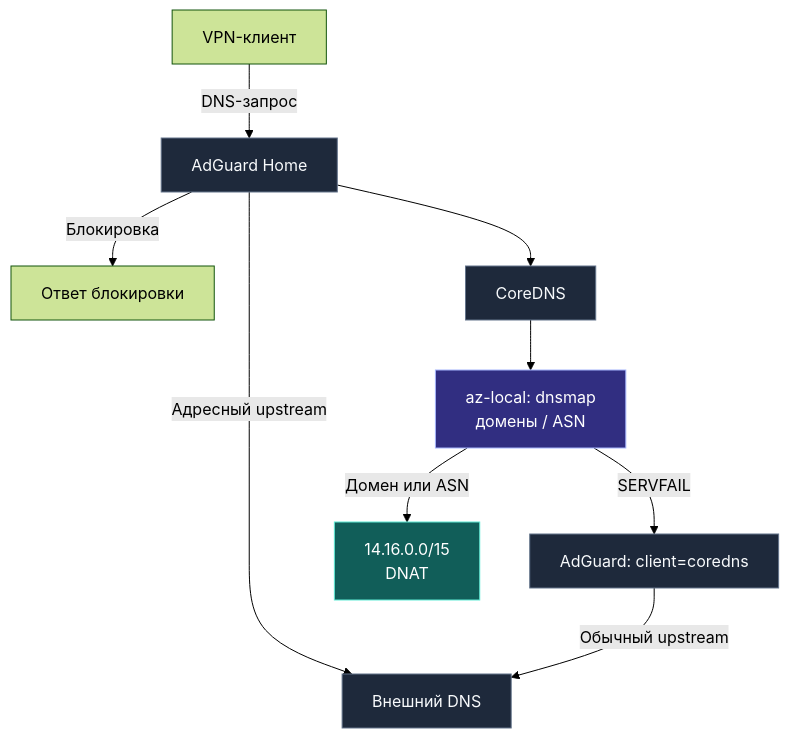
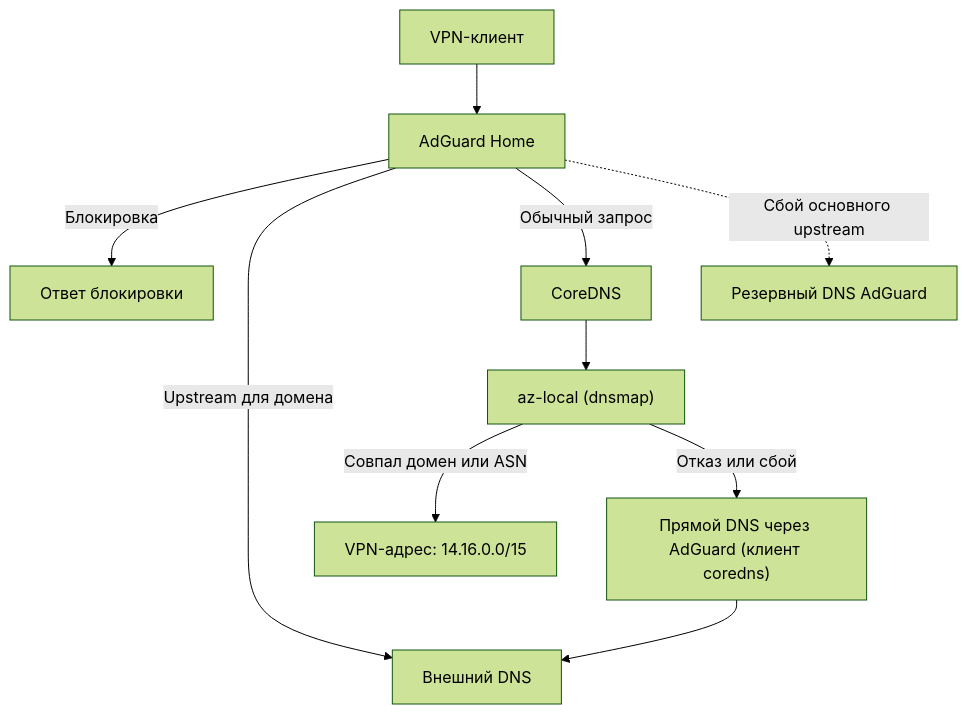
The second of 3 diagrams in README_RU.md (nmisha/antizapret-vpn-docker), drawn with Mermaid (forest theme) before and after one commit. The commit also changed other lines of this file and 318 other files, not shown here.

````diff
--- a/README_RU.md
+++ b/README_RU.md
@@ -783,18 +800,12 @@
 ```mermaid
 flowchart TB
-    client["VPN-клиент"] -->|DNS-запрос| adguard["AdGuard Home"]
-    adguard -->|Блокировка| deny["Ответ блокировки"]
-    adguard -->|Адресный upstream| external["Внешний DNS"]
-    adguard --> core["CoreDNS"]
-    core --> local
-    local["az-local: dnsmap<br/>домены / ASN"]
-    local -->|Домен или ASN| localip["14.16.0.0/15<br/>DNAT"]
-    local -->|SERVFAIL| retry["AdGuard: client=coredns"]
-    retry -->|Обычный upstream| external
-    classDef service fill:#1e293b,stroke:#64748b,color:#f8fafc
-    classDef exit fill:#312e81,stroke:#a5b4fc,color:#ffffff
-    classDef mapped fill:#115e59,stroke:#5eead4,color:#ffffff
-    class adguard,core,retry,external service
-    class local exit
-    class localip mapped
+    client["VPN-клиент"] --> adguard["AdGuard Home"]
+    adguard -->|Блокировка| blocked["Ответ блокировки"]
+    adguard -->|Upstream для домена| external["Внешний DNS"]
+    adguard -->|Обычный запрос| core["CoreDNS"]
+    core --> local_exit["az-local (dnsmap)"]
+    local_exit -->|Совпал домен или ASN| local_ip["VPN-адрес: 14.16.0.0/15"]
+    local_exit -->|Отказ или сбой| direct_dns["Прямой DNS через AdGuard (клиент coredns)"]
+    direct_dns --> external
+    adguard -.->|Сбой основного upstream| fallback_dns["Резервный DNS AdGuard"]
 ```
````
